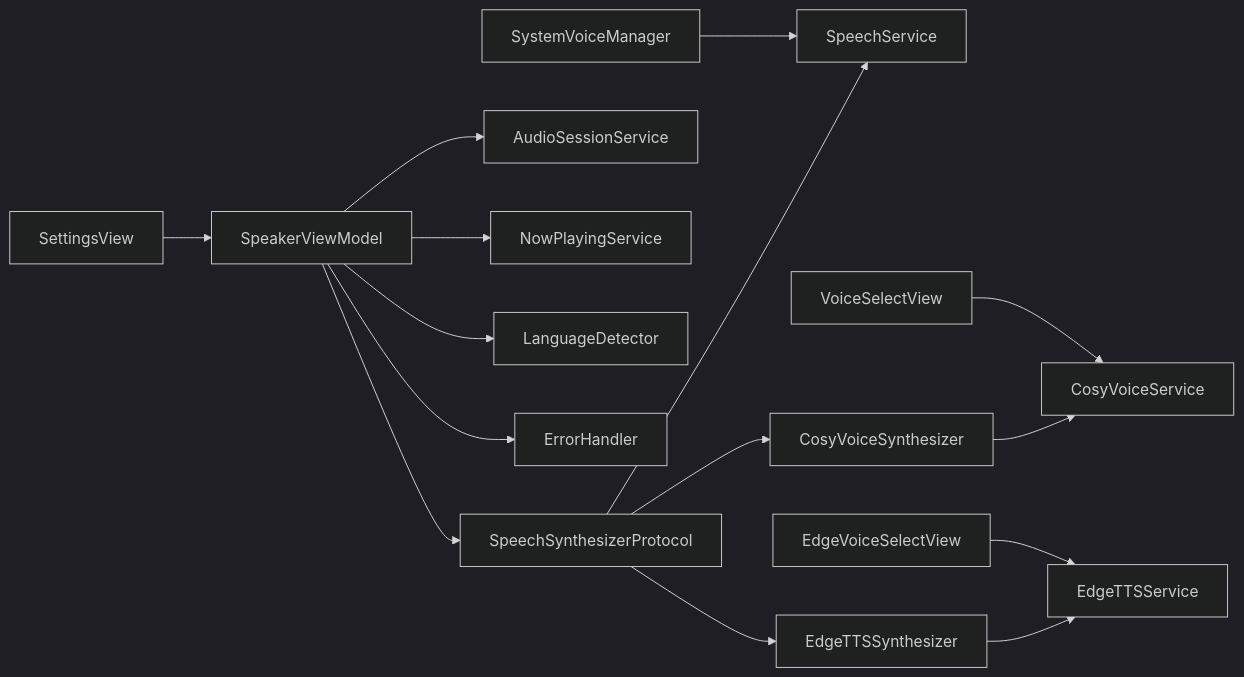
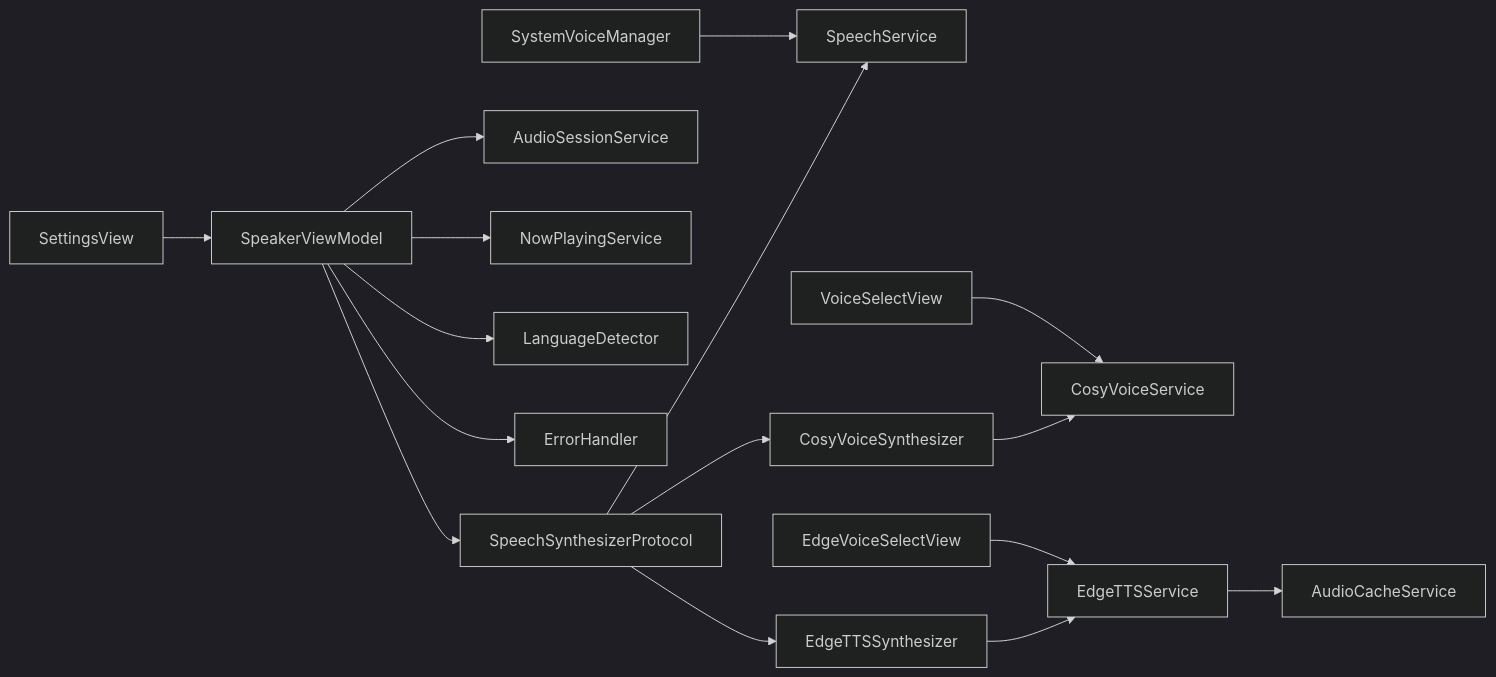
Before and after one commit to Primoguo/VoiceReader: the ninth of 9 diagrams in .qoder/repowiki/zh/content/核心功能模块/语音合成系统/语音合成系统.md, drawn with Mermaid (dark theme). The commit also changed other lines of this file and 92 other files, not shown here.

````diff
--- a/.qoder/repowiki/zh/content/核心功能模块/语音合成系统/语音合成系统.md
+++ b/.qoder/repowiki/zh/content/核心功能模块/语音合成系统/语音合成系统.md
@@ -513,17 +631,18 @@
 ```mermaid
 graph LR
 VM["SpeakerViewModel"] --> P["SpeechSynthesizerProtocol"]
 P --> STT["SpeechService"]
 P --> CVSyn["CosyVoiceSynthesizer"]
 P --> ETSyn["EdgeTTSSynthesizer"]
 CVSyn --> CVS["CosyVoiceService"]
 ETSyn --> ETS["EdgeTTSService"]
+ETS --> ACS["AudioCacheService"]
 VM --> AS["AudioSessionService"]
 VM --> NP["NowPlayingService"]
 VM --> LD["LanguageDetector"]
 VM --> EH["ErrorHandler"]
 VS["VoiceSelectView"] --> CVS
 EVS["EdgeVoiceSelectView"] --> ETS
 SV["SettingsView"] --> VM
 SVM["SystemVoiceManager"] --> STT
 ```
````
